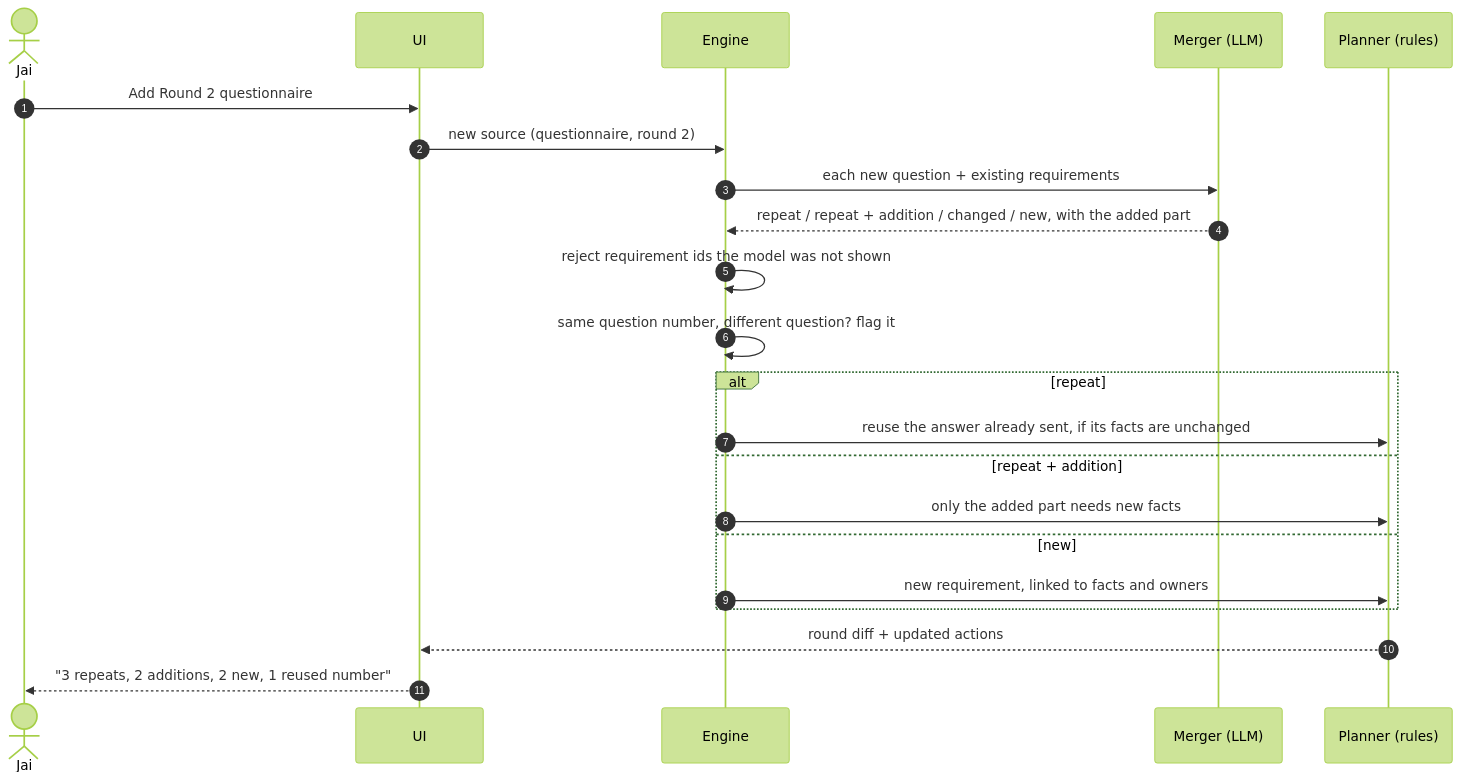
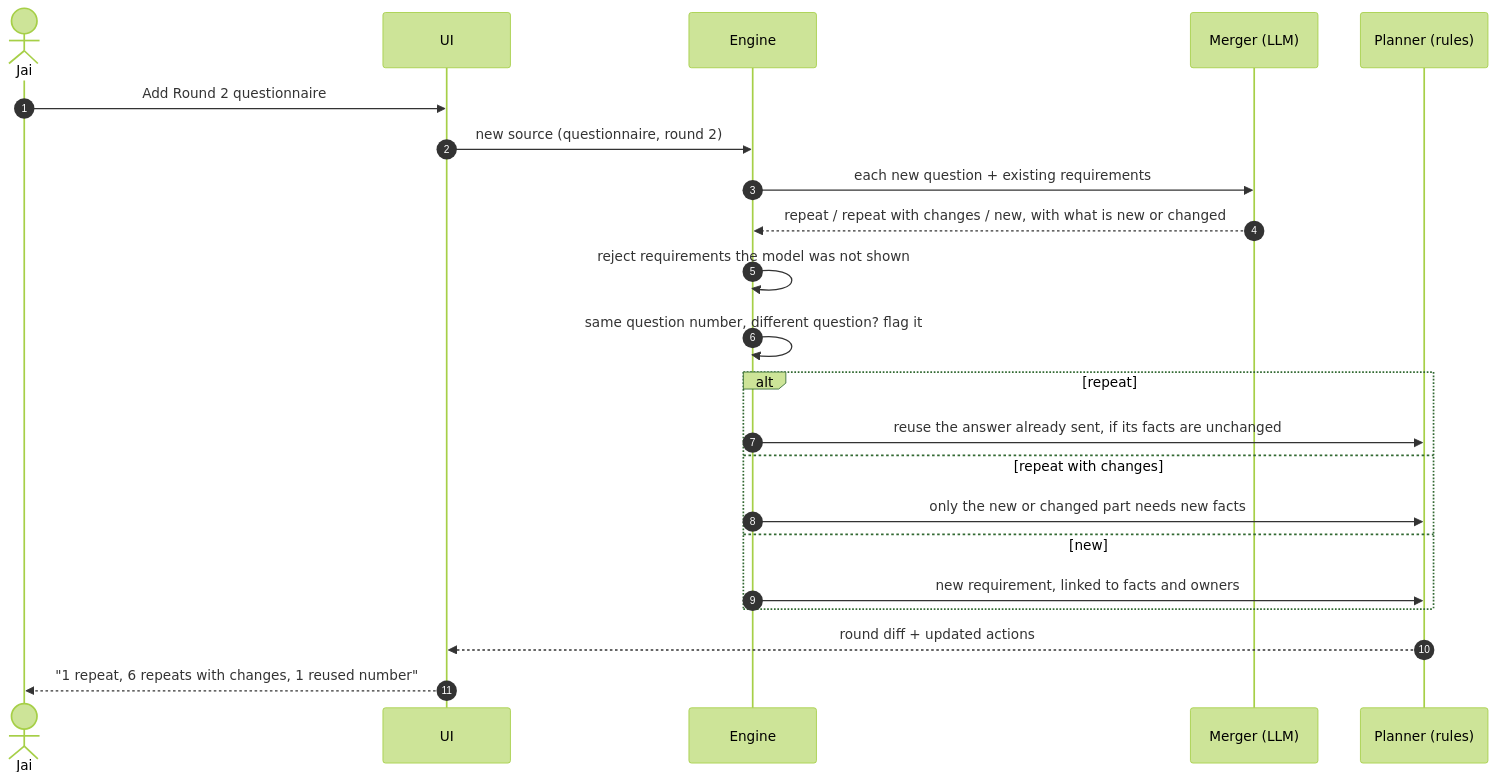
One commit to Whiteknight07/procurement-navigator changed the fourth of 6 diagrams in docs/ARCHITECTURE.md. Above: the diagram before and after it, drawn with Mermaid (forest theme). The commit also changed other lines of this file and 225 other files, not shown here.

Commit message:
YAGNI simplification: 4 tiers, 6 statuses, stable ids, code-only checker, 4 screens

````diff
--- a/docs/ARCHITECTURE.md
+++ b/docs/ARCHITECTURE.md
@@ -126,24 +133,24 @@
 ```mermaid
 sequenceDiagram
   autonumber
   actor Jai
   participant UI as UI
   participant E as Engine
   participant M as Merger (LLM)
   participant P as Planner (rules)
   Jai->>UI: Add Round 2 questionnaire
   UI->>E: new source (questionnaire, round 2)
   E->>M: each new question + existing requirements
-  M-->>E: repeat / repeat + addition / changed / new, with the added part
-  E->>E: reject requirement ids the model was not shown
+  M-->>E: repeat / repeat with changes / new, with what is new or changed
+  E->>E: reject requirements the model was not shown
   E->>E: same question number, different question? flag it
   alt repeat
     E->>P: reuse the answer already sent, if its facts are unchanged
-  else repeat + addition
-    E->>P: only the added part needs new facts
+  else repeat with changes
+    E->>P: only the new or changed part needs new facts
   else new
     E->>P: new requirement, linked to facts and owners
   end
   P-->>UI: round diff + updated actions
-  UI-->>Jai: "3 repeats, 2 additions, 2 new, 1 reused number"
+  UI-->>Jai: "1 repeat, 6 repeats with changes, 1 reused number"
 ```
````
